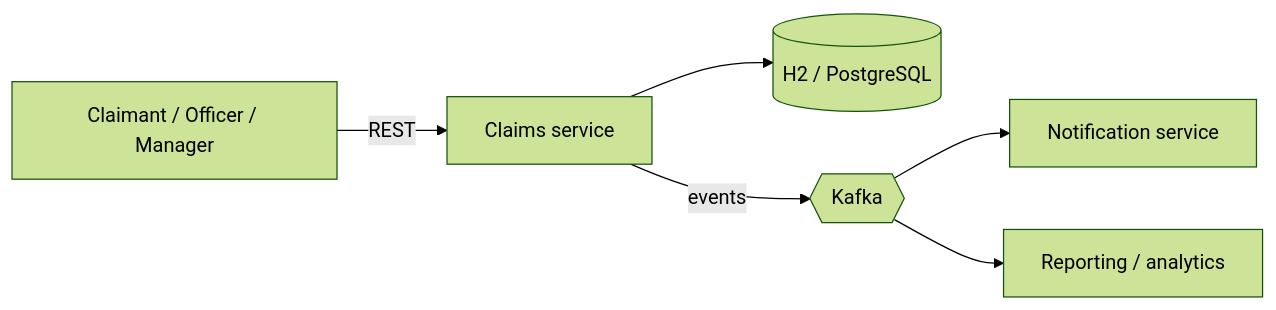
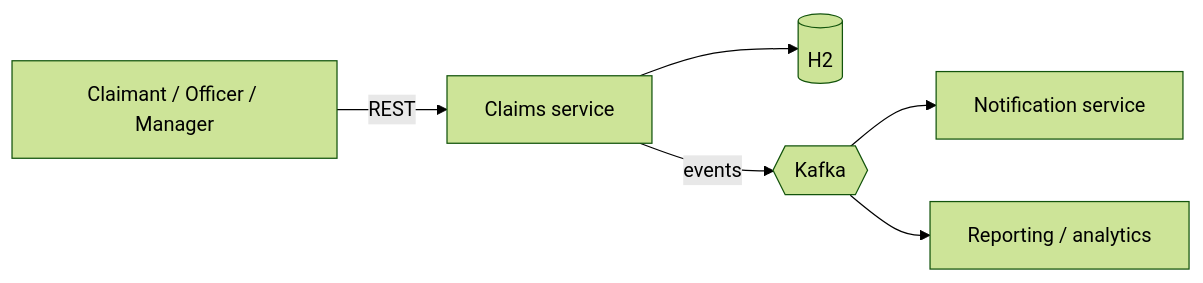
Before and after one commit to Hem-creator/Chubb-Backend: the first of 4 diagrams in docs/architecture.md, drawn with Mermaid (forest theme). The commit also changed other lines of this file and 11 other files, not shown here.

````diff
--- a/docs/architecture.md
+++ b/docs/architecture.md
@@ -8,8 +8,8 @@
 ```mermaid
 flowchart LR
     C[Claimant / Officer / Manager] -->|REST| A[Claims service]
-    A --> D[(H2 / PostgreSQL)]
+    A --> D[(H2)]
     A -->|events| K{{Kafka}}
     K --> N[Notification service]
     K --> R[Reporting / analytics]
 ```
````
